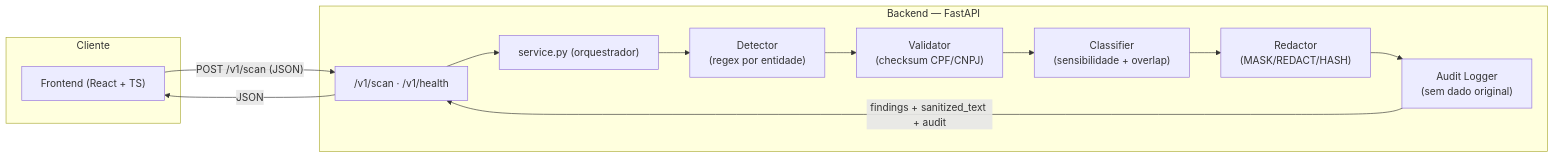
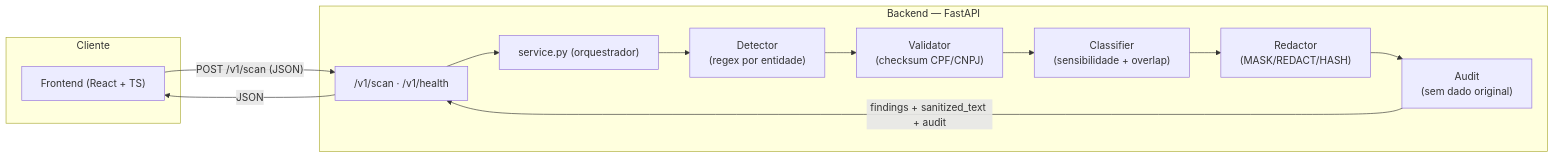
The diagram in README.md (Marcos00000007/DataGuardian), drawn with Mermaid before and after one commit. The commit also changed other lines of this file and 31 other files, not shown here.

````diff
--- a/README.md
+++ b/README.md
@@ -32,22 +38,22 @@
 ```mermaid
 flowchart LR
     subgraph Cliente
         FE["Frontend (React + TS)"]
     end
 
     subgraph API["Backend — FastAPI"]
         EP["/v1/scan · /v1/health"]
         SVC["service.py (orquestrador)"]
         DET["Detector\n(regex por entidade)"]
         VAL["Validator\n(checksum CPF/CNPJ)"]
         CLS["Classifier\n(sensibilidade + overlap)"]
         RED["Redactor\n(MASK/REDACT/HASH)"]
-        AUD["Audit Logger\n(sem dado original)"]
+        AUD["Audit\n(sem dado original)"]
     end
 
     FE -- "POST /v1/scan (JSON)" --> EP
     EP --> SVC
     SVC --> DET --> VAL --> CLS --> RED --> AUD
     AUD -- "findings + sanitized_text + audit" --> EP
     EP -- "JSON" --> FE
 ```
````
